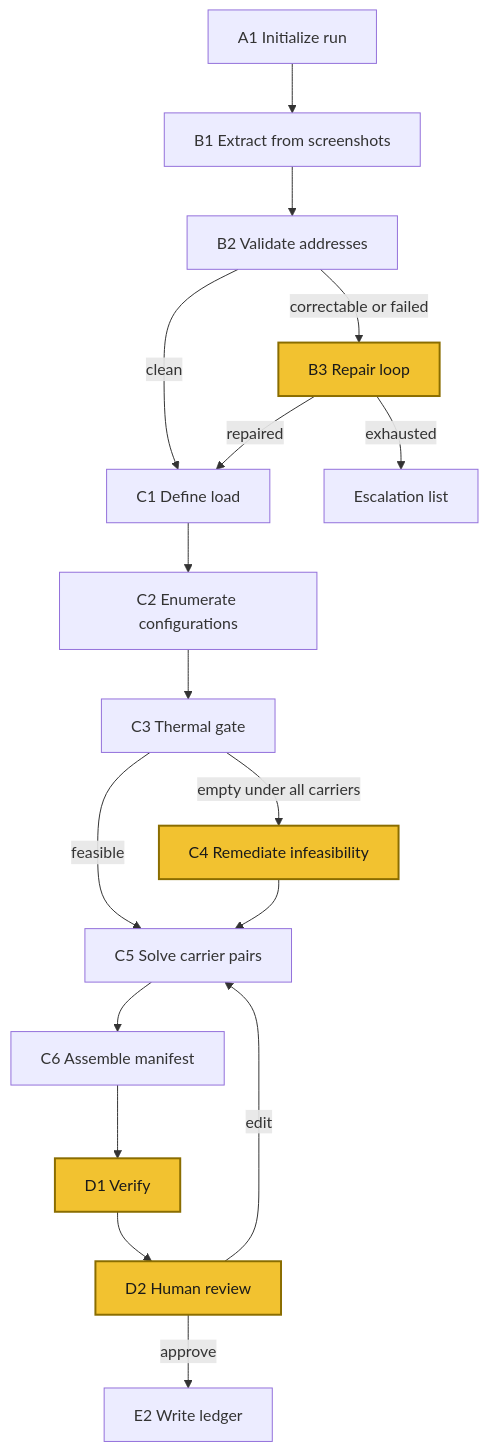
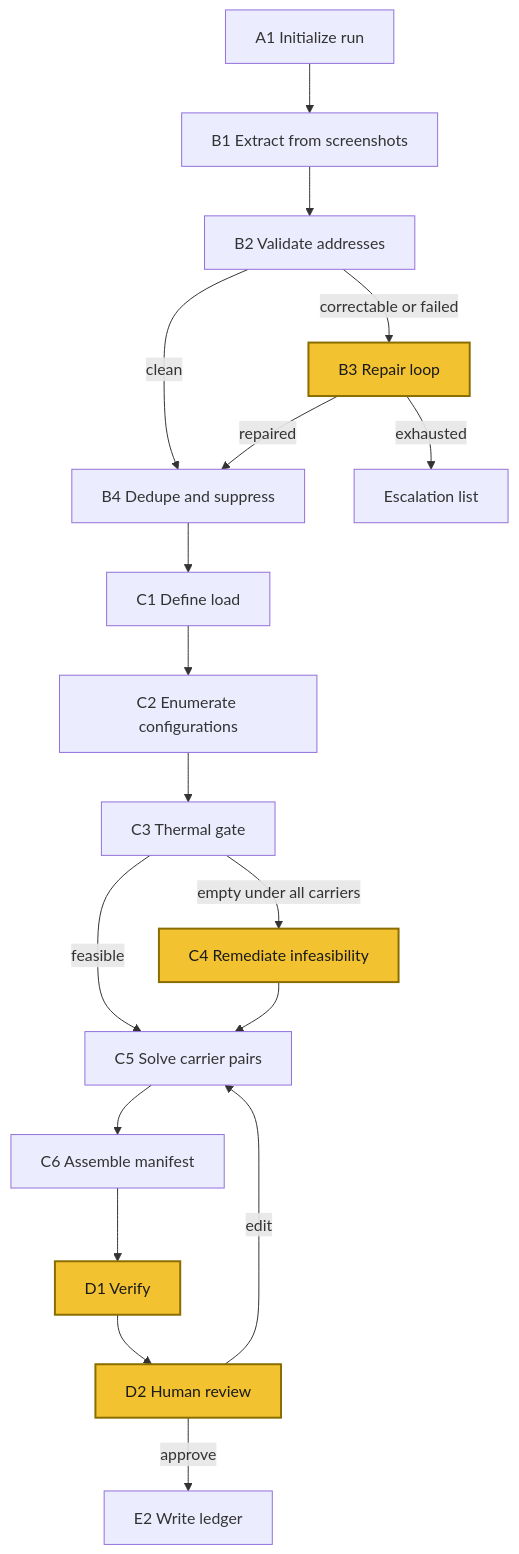
One commit to jeremy-m-mcgee/bbq-shipment-agent changed the diagram in docs/design.md. Above: the diagram before and after it, drawn with Mermaid. The commit also changed other lines of this file and 10 other files, not shown here.

````diff
--- a/docs/design.md
+++ b/docs/design.md
@@ -78,22 +78,23 @@
 ```mermaid
 flowchart TD
     A1[A1 Initialize run] --> B1[B1 Extract from screenshots]
     B1 --> B2[B2 Validate addresses]
-    B2 -->|clean| C1[C1 Define load]
+    B2 -->|clean| B4[B4 Dedupe and suppress]
     B2 -->|correctable or failed| B3[B3 Repair loop]
-    B3 -->|repaired| C1
+    B3 -->|repaired| B4
     B3 -->|exhausted| ESC[Escalation list]
+    B4 --> C1[C1 Define load]
     C1 --> C2[C2 Enumerate configurations]
     C2 --> C3[C3 Thermal gate]
     C3 -->|feasible| C5[C5 Solve carrier pairs]
     C3 -->|empty under all carriers| C4[C4 Remediate infeasibility]
     C4 --> C5
     C5 --> C6[C6 Assemble manifest]
     C6 --> D1[D1 Verify]
     D1 --> D2[D2 Human review]
     D2 -->|edit| C5
     D2 -->|approve| E2[E2 Write ledger]
 
     classDef agentic fill:#F2C230,stroke:#8A6D00,stroke-width:2px,color:#1A1A1A
     class B3,C4,D1,D2 agentic
 ```
````
